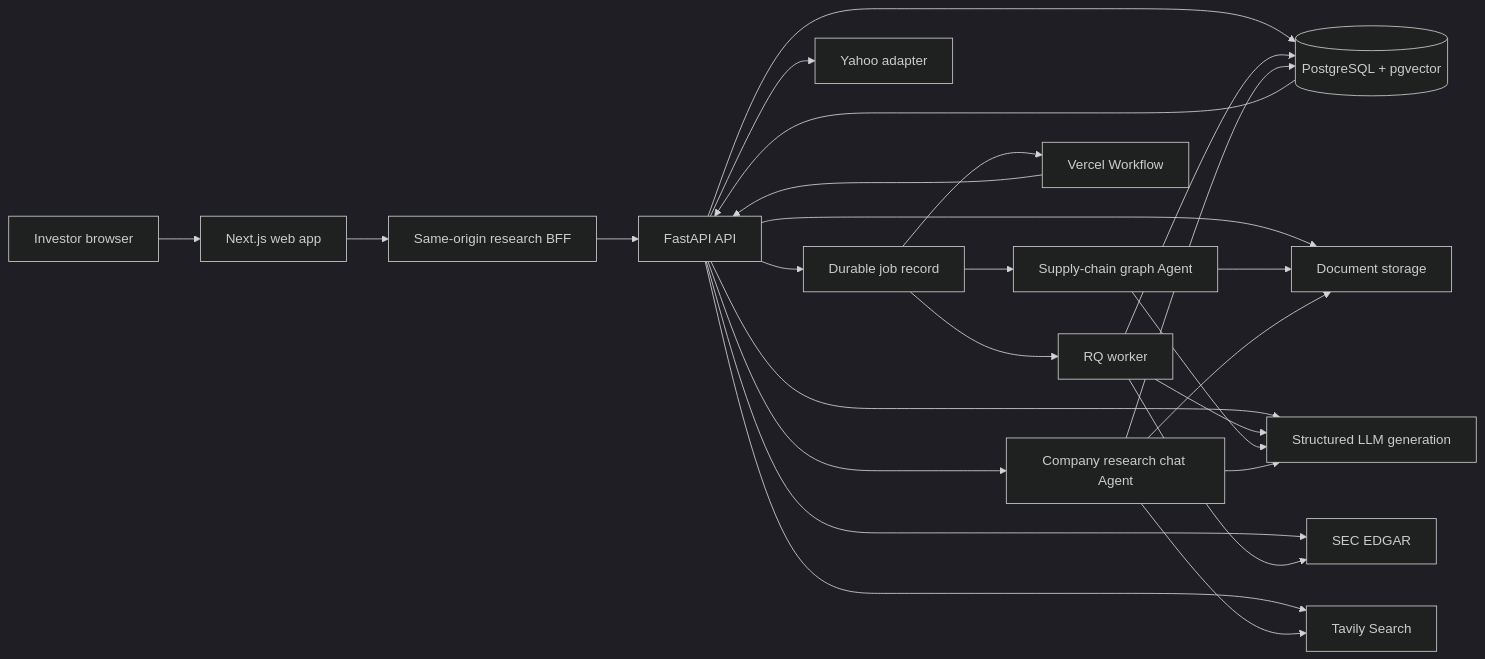
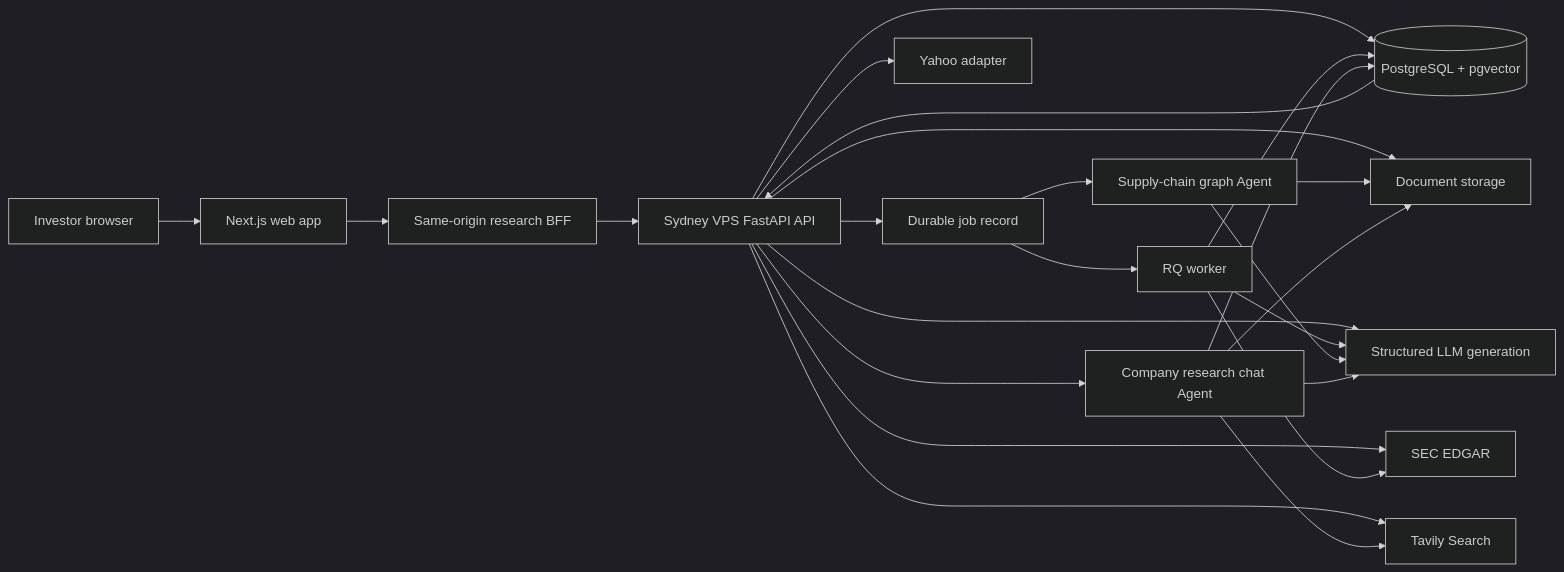
The diagram in README.md (Linon419/equitylens), drawn with Mermaid (dark theme) before and after one commit. The commit also changed other lines of this file and 13 other files, not shown here.

Commit message:
feat(deploy): add Vercel and VPS hybrid profile

````diff
--- a/README.md
+++ b/README.md
@@ -95,28 +95,27 @@
 ```mermaid
 flowchart LR
     investor["Investor browser"] --> web["Next.js web app"]
     web --> bff["Same-origin research BFF"]
-    bff --> api["FastAPI API"]
-    api --> db[("PostgreSQL + pgvector")]
+    bff --> api["Sydney VPS FastAPI API"]
+    api --> db
+    db[("PostgreSQL + pgvector")]
     api --> storage["Document storage"]
     api --> jobs["Durable job record"]
     jobs --> graphAgent["Supply-chain graph Agent"]
     api --> chat["Company research chat Agent"]
-    jobs --> workflow["Vercel Workflow"]
     jobs --> worker["RQ worker"]
-    workflow --> api
     api --> sec["SEC EDGAR"]
     api --> market["Yahoo adapter"]
     api --> search["Tavily Search"]
     api --> llm["Structured LLM generation"]
     worker --> sec
     worker --> llm
     worker --> db
     graphAgent --> storage
     graphAgent --> llm
     chat --> db
     chat --> storage
     chat --> llm
     chat --> search
     db --> api
 ```
````
